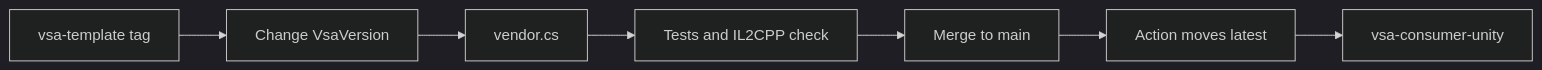
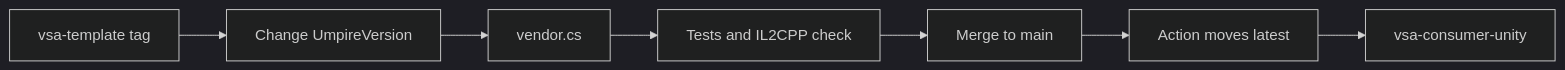
One commit to MgCohen/vsa-unity changed the diagram in README.md. Above: the diagram before and after it, drawn with Mermaid (dark theme). The commit also changed other lines of this file and 232 other files, not shown here.

````diff
--- a/README.md
+++ b/README.md
@@ -42,9 +42,9 @@
 ```mermaid
 flowchart LR
-    T[vsa-template tag] --> V[Change VsaVersion]
+    T[vsa-template tag] --> V[Change UmpireVersion]
     V --> D[vendor.cs]
     D --> C[Tests and IL2CPP check]
     C --> M[Merge to main]
     M --> L[Action moves latest]
     L --> U[vsa-consumer-unity]
 ```
````
